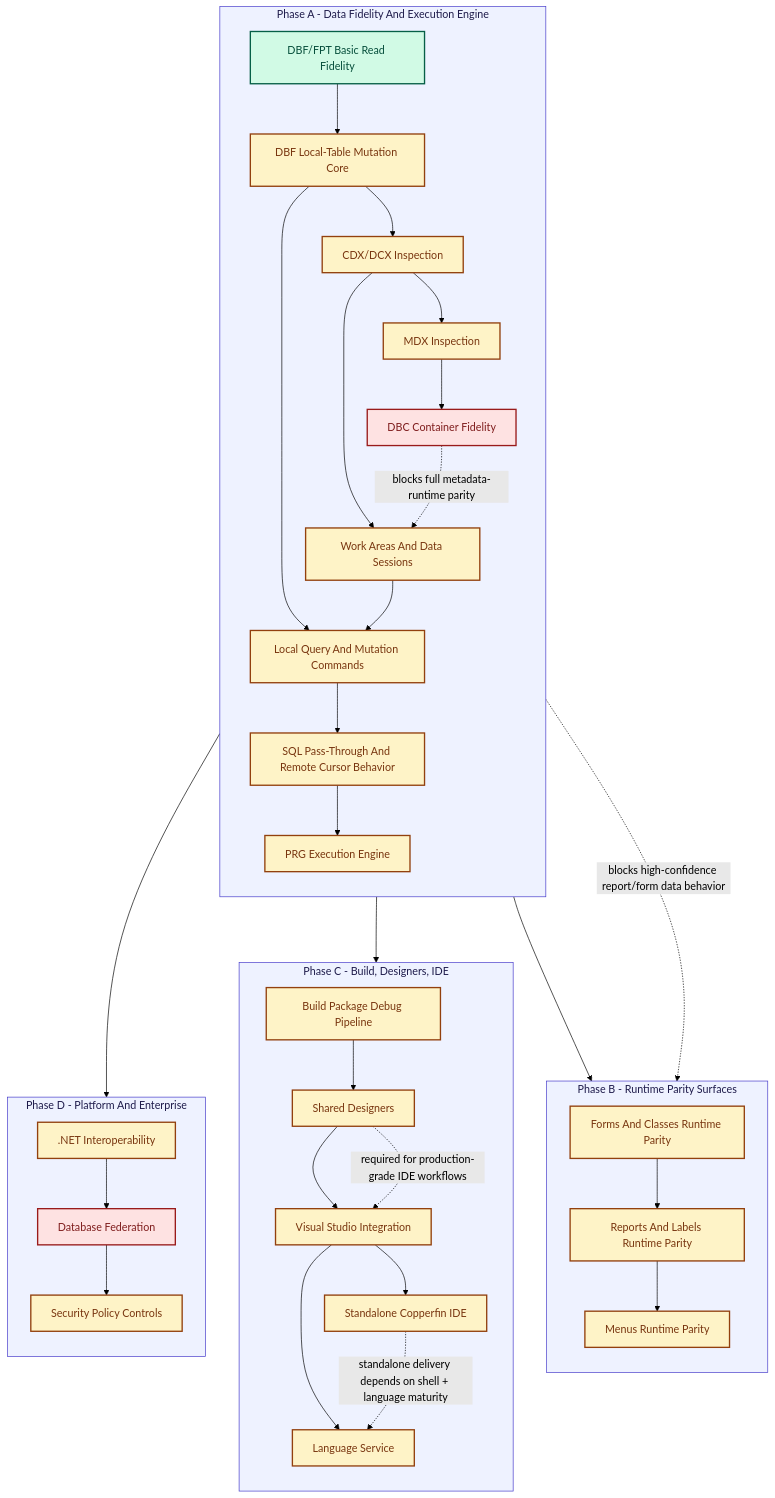
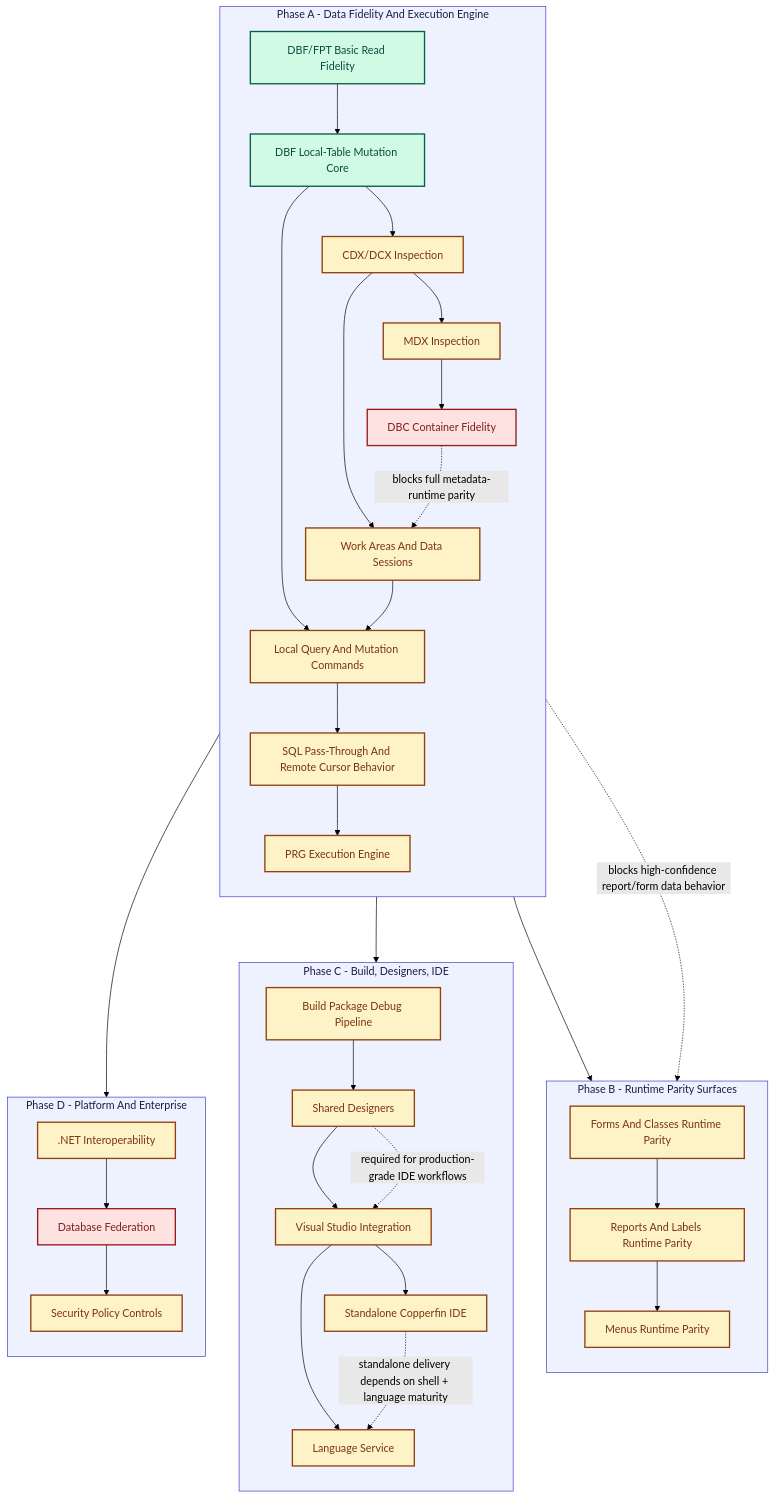
The diagram in remaining-work.md (rhamenator/Project-Copperfin), drawn with Mermaid (forest theme) before and after one commit. The commit also changed other lines of this file and 4 other files, not shown here.

````diff
--- a/remaining-work.md
+++ b/remaining-work.md
@@ -53,66 +53,68 @@
 ```mermaid
 flowchart TD
 	classDef done fill:#d1fae5,stroke:#065f46,stroke-width:2px,color:#064e3b;
 	classDef partial fill:#fef3c7,stroke:#92400e,stroke-width:2px,color:#78350f;
 	classDef missing fill:#fee2e2,stroke:#991b1b,stroke-width:2px,color:#7f1d1d;
 	classDef lane fill:#eef2ff,stroke:#4338ca,stroke-width:1px,color:#1e1b4b;
 
 	subgraph P1[Phase A - Data Fidelity And Execution Engine]
 		direction TB
 		A1[DBF/FPT Basic Read Fidelity]
 		A2[DBF Local-Table Mutation Core]
 		A3[CDX/DCX Inspection]
 		A4[MDX Inspection]
 		A5[DBC Container Fidelity]
 		B1[Work Areas And Data Sessions]
 		B2[Local Query And Mutation Commands]
 		B3[SQL Pass-Through And Remote Cursor Behavior]
 		B4[PRG Execution Engine]
 	end
 
 	subgraph P2[Phase B - Runtime Parity Surfaces]
 		direction TB
 		C1[Forms And Classes Runtime Parity]
 		C2[Reports And Labels Runtime Parity]
 		C3[Menus Runtime Parity]
 	end
 
 	subgraph P3[Phase C - Build, Designers, IDE]
 		direction TB
 		D1[Build Package Debug Pipeline]
 		D2[Shared Designers]
 		D3[Visual Studio Integration]
 		D4[Standalone Copperfin IDE]
 		D5[Language Service]
 	end
 
 	subgraph P4[Phase D - Platform And Enterprise]
 		direction TB
 		E1[.NET Interoperability]
 		E2[Database Federation]
 		E3[Security Policy Controls]
 	end
 
 	A1 --> A2 --> A3 --> A4 --> A5
 	A2 --> B2
 	A3 --> B1
 	B1 --> B2 --> B3 --> B4
 
 	B4 --> C1 --> C2 --> C3
 	B4 --> D1 --> D2 --> D3 --> D4
 	D3 --> D5
 	B4 --> E1 --> E2 --> E3
 
 	A5 -. blocks full metadata-runtime parity .-> B1
 	B3 -. blocks high-confidence report/form data behavior .-> C1
 	D2 -. required for production-grade IDE workflows .-> D3
 	D4 -. standalone delivery depends on shell + language maturity .-> D5
 
 	class A1 done;
 
-	class A2,A3,A4,B1,B2,B3,B4,C1,C2,C3,D1,D2,D3,D4,D5,E1,E3 partial;
+	class A3,A4,B1,B2,B3,B4,C1,C2,C3,D1,D2,D3,D4,D5,E1,E3 partial;
+
+	class A2 done;
 
 	class A5,E2 missing;
 
 	class P1,P2,P3,P4 lane;
 ```
````
